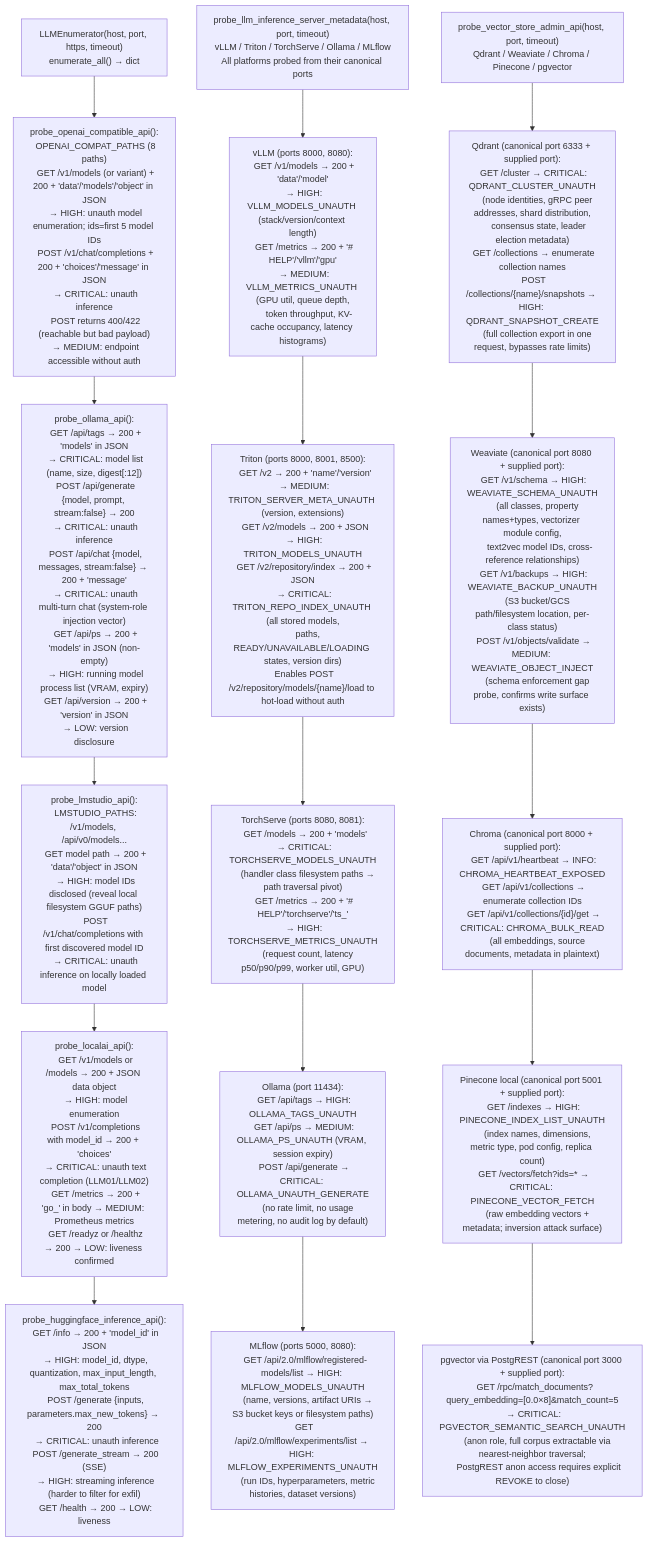
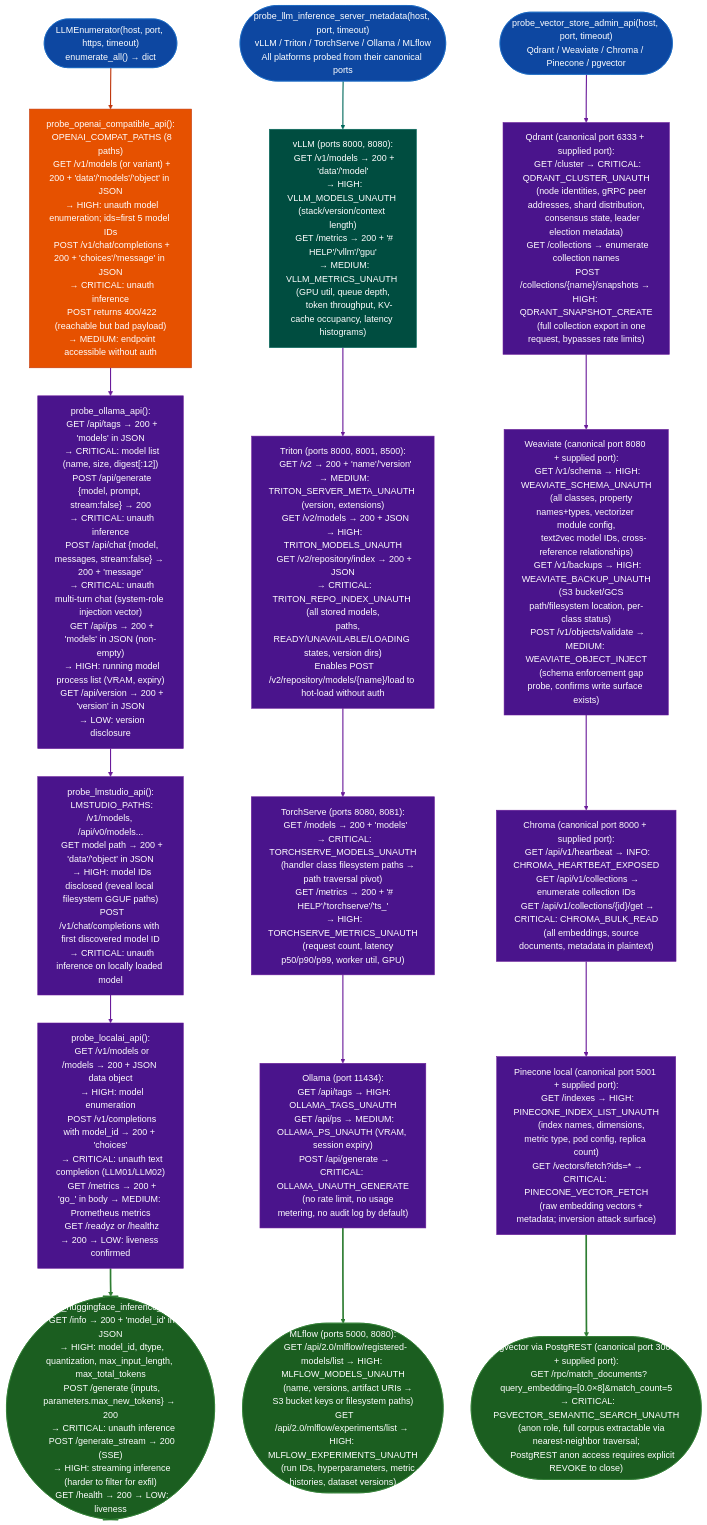
One commit to Ablation-Tool/ablation changed the diagram in docs/reference-modules/inference-endpoint-enumeration.md. Above: the diagram before and after it, drawn with Mermaid. The commit also changed 320 other files, not shown here.

First line of the commit message:
docs: apply canonical Mermaid template to all 321 diagrams

````diff
--- a/docs/reference-modules/inference-endpoint-enumeration.md
+++ b/docs/reference-modules/inference-endpoint-enumeration.md
@@ -19,18 +19,39 @@
 ```mermaid
 flowchart TD
-    A["LLMEnumerator(host, port, https, timeout)\nenumerate_all() → dict"] --> B["probe_openai_compatible_api():\n  OPENAI_COMPAT_PATHS (8 paths)\n  GET /v1/models (or variant) + 200 + 'data'/'models'/'object' in JSON\n  → HIGH: unauth model enumeration; ids=first 5 model IDs\n  POST /v1/chat/completions + 200 + 'choices'/'message' in JSON\n  → CRITICAL: unauth inference\n  POST returns 400/422 (reachable but bad payload)\n  → MEDIUM: endpoint accessible without auth"]
-    B --> C["probe_ollama_api():\n  GET /api/tags → 200 + 'models' in JSON\n  → CRITICAL: model list (name, size, digest[:12])\n  POST /api/generate {model, prompt, stream:false} → 200\n  → CRITICAL: unauth inference\n  POST /api/chat {model, messages, stream:false} → 200 + 'message'\n  → CRITICAL: unauth multi-turn chat (system-role injection vector)\n  GET /api/ps → 200 + 'models' in JSON (non-empty)\n  → HIGH: running model process list (VRAM, expiry)\n  GET /api/version → 200 + 'version' in JSON\n  → LOW: version disclosure"]
-    C --> D["probe_lmstudio_api():\n  LMSTUDIO_PATHS: /v1/models, /api/v0/models...\n  GET model path → 200 + 'data'/'object' in JSON\n  → HIGH: model IDs disclosed (reveal local filesystem GGUF paths)\n  POST /v1/chat/completions with first discovered model ID\n  → CRITICAL: unauth inference on locally loaded model"]
-    D --> E["probe_localai_api():\n  GET /v1/models or /models → 200 + JSON data object\n  → HIGH: model enumeration\n  POST /v1/completions with model_id → 200 + 'choices'\n  → CRITICAL: unauth text completion (LLM01/LLM02)\n  GET /metrics → 200 + 'go_' in body → MEDIUM: Prometheus metrics\n  GET /readyz or /healthz → 200 → LOW: liveness confirmed"]
-    E --> F["probe_huggingface_inference_api():\n  GET /info → 200 + 'model_id' in JSON\n  → HIGH: model_id, dtype, quantization, max_input_length, max_total_tokens\n  POST /generate {inputs, parameters.max_new_tokens} → 200\n  → CRITICAL: unauth inference\n  POST /generate_stream → 200 (SSE)\n  → HIGH: streaming inference (harder to filter for exfil)\n  GET /health → 200 → LOW: liveness"]
-    G["probe_llm_inference_server_metadata(host, port, timeout)\nvLLM / Triton / TorchServe / Ollama / MLflow\nAll platforms probed from their canonical ports"] --> H["vLLM (ports 8000, 8080):\n  GET /v1/models → 200 + 'data'/'model'\n  → HIGH: VLLM_MODELS_UNAUTH (stack/version/context length)\n  GET /metrics → 200 + '# HELP'/'vllm'/'gpu'\n  → MEDIUM: VLLM_METRICS_UNAUTH (GPU util, queue depth,\n     token throughput, KV-cache occupancy, latency histograms)"]
-    H --> I["Triton (ports 8000, 8001, 8500):\n  GET /v2 → 200 + 'name'/'version'\n  → MEDIUM: TRITON_SERVER_META_UNAUTH (version, extensions)\n  GET /v2/models → 200 + JSON\n  → HIGH: TRITON_MODELS_UNAUTH\n  GET /v2/repository/index → 200 + JSON\n  → CRITICAL: TRITON_REPO_INDEX_UNAUTH (all stored models,\n     paths, READY/UNAVAILABLE/LOADING states, version dirs)\n  Enables POST /v2/repository/models/{name}/load to hot-load without auth"]
-    I --> J["TorchServe (ports 8080, 8081):\n  GET /models → 200 + 'models'\n  → CRITICAL: TORCHSERVE_MODELS_UNAUTH\n     (handler class filesystem paths → path traversal pivot)\n  GET /metrics → 200 + '# HELP'/'torchserve'/'ts_'\n  → HIGH: TORCHSERVE_METRICS_UNAUTH\n     (request count, latency p50/p90/p99, worker util, GPU)"]
-    J --> K["Ollama (port 11434):\n  GET /api/tags → HIGH: OLLAMA_TAGS_UNAUTH\n  GET /api/ps → MEDIUM: OLLAMA_PS_UNAUTH (VRAM, session expiry)\n  POST /api/generate → CRITICAL: OLLAMA_UNAUTH_GENERATE\n     (no rate limit, no usage metering, no audit log by default)"]
-    K --> L["MLflow (ports 5000, 8080):\n  GET /api/2.0/mlflow/registered-models/list → HIGH: MLFLOW_MODELS_UNAUTH\n     (name, versions, artifact URIs → S3 bucket keys or filesystem paths)\n  GET /api/2.0/mlflow/experiments/list → HIGH: MLFLOW_EXPERIMENTS_UNAUTH\n     (run IDs, hyperparameters, metric histories, dataset versions)"]
-    M["probe_vector_store_admin_api(host, port, timeout)\nQdrant / Weaviate / Chroma / Pinecone / pgvector"] --> N["Qdrant (canonical port 6333 + supplied port):\n  GET /cluster → CRITICAL: QDRANT_CLUSTER_UNAUTH\n     (node identities, gRPC peer addresses, shard distribution,\n      consensus state, leader election metadata)\n  GET /collections → enumerate collection names\n  POST /collections/{name}/snapshots → HIGH: QDRANT_SNAPSHOT_CREATE\n     (full collection export in one request, bypasses rate limits)"]
-    N --> O["Weaviate (canonical port 8080 + supplied port):\n  GET /v1/schema → HIGH: WEAVIATE_SCHEMA_UNAUTH\n     (all classes, property names+types, vectorizer module config,\n      text2vec model IDs, cross-reference relationships)\n  GET /v1/backups → HIGH: WEAVIATE_BACKUP_UNAUTH\n     (S3 bucket/GCS path/filesystem location, per-class status)\n  POST /v1/objects/validate → MEDIUM: WEAVIATE_OBJECT_INJECT\n     (schema enforcement gap probe, confirms write surface exists)"]
-    O --> P["Chroma (canonical port 8000 + supplied port):\n  GET /api/v1/heartbeat → INFO: CHROMA_HEARTBEAT_EXPOSED\n  GET /api/v1/collections → enumerate collection IDs\n  GET /api/v1/collections/{id}/get → CRITICAL: CHROMA_BULK_READ\n     (all embeddings, source documents, metadata in plaintext)"]
-    P --> Q["Pinecone local (canonical port 5001 + supplied port):\n  GET /indexes → HIGH: PINECONE_INDEX_LIST_UNAUTH\n     (index names, dimensions, metric type, pod config, replica count)\n  GET /vectors/fetch?ids=* → CRITICAL: PINECONE_VECTOR_FETCH\n     (raw embedding vectors + metadata; inversion attack surface)"]
-    Q --> R["pgvector via PostgREST (canonical port 3000 + supplied port):\n  GET /rpc/match_documents?query_embedding=[0.0×8]&match_count=5\n  → CRITICAL: PGVECTOR_SEMANTIC_SEARCH_UNAUTH\n     (anon role, full corpus extractable via nearest-neighbor traversal;\n      PostgREST anon access requires explicit REVOKE to close)"]
+    A(["LLMEnumerator(host, port, https, timeout)\nenumerate_all() → dict"]):::input --> B["probe_openai_compatible_api():\n  OPENAI_COMPAT_PATHS (8 paths)\n  GET /v1/models (or variant) + 200 + 'data'/'models'/'object' in JSON\n  → HIGH: unauth model enumeration; ids=first 5 model IDs\n  POST /v1/chat/completions + 200 + 'choices'/'message' in JSON\n  → CRITICAL: unauth inference\n  POST returns 400/422 (reachable but bad payload)\n  → MEDIUM: endpoint accessible without auth"]:::primary
+    B:::primary --> C["probe_ollama_api():\n  GET /api/tags → 200 + 'models' in JSON\n  → CRITICAL: model list (name, size, digest[:12])\n  POST /api/generate {model, prompt, stream:false} → 200\n  → CRITICAL: unauth inference\n  POST /api/chat {model, messages, stream:false} → 200 + 'message'\n  → CRITICAL: unauth multi-turn chat (system-role injection vector)\n  GET /api/ps → 200 + 'models' in JSON (non-empty)\n  → HIGH: running model process list (VRAM, expiry)\n  GET /api/version → 200 + 'version' in JSON\n  → LOW: version disclosure"]:::tertiary
+    C:::tertiary --> D["probe_lmstudio_api():\n  LMSTUDIO_PATHS: /v1/models, /api/v0/models...\n  GET model path → 200 + 'data'/'object' in JSON\n  → HIGH: model IDs disclosed (reveal local filesystem GGUF paths)\n  POST /v1/chat/completions with first discovered model ID\n  → CRITICAL: unauth inference on locally loaded model"]:::tertiary
+    D:::tertiary --> E["probe_localai_api():\n  GET /v1/models or /models → 200 + JSON data object\n  → HIGH: model enumeration\n  POST /v1/completions with model_id → 200 + 'choices'\n  → CRITICAL: unauth text completion (LLM01/LLM02)\n  GET /metrics → 200 + 'go_' in body → MEDIUM: Prometheus metrics\n  GET /readyz or /healthz → 200 → LOW: liveness confirmed"]:::tertiary
+    E:::tertiary --> F(["probe_huggingface_inference_api():\n  GET /info → 200 + 'model_id' in JSON\n  → HIGH: model_id, dtype, quantization, max_input_length, max_total_tokens\n  POST /generate {inputs, parameters.max_new_tokens} → 200\n  → CRITICAL: unauth inference\n  POST /generate_stream → 200 (SSE)\n  → HIGH: streaming inference (harder to filter for exfil)\n  GET /health → 200 → LOW: liveness"]):::output
+    G(["probe_llm_inference_server_metadata(host, port, timeout)\nvLLM / Triton / TorchServe / Ollama / MLflow\nAll platforms probed from their canonical ports"]):::input --> H["vLLM (ports 8000, 8080):\n  GET /v1/models → 200 + 'data'/'model'\n  → HIGH: VLLM_MODELS_UNAUTH (stack/version/context length)\n  GET /metrics → 200 + '# HELP'/'vllm'/'gpu'\n  → MEDIUM: VLLM_METRICS_UNAUTH (GPU util, queue depth,\n     token throughput, KV-cache occupancy, latency histograms)"]:::secondary
+    H:::secondary --> I["Triton (ports 8000, 8001, 8500):\n  GET /v2 → 200 + 'name'/'version'\n  → MEDIUM: TRITON_SERVER_META_UNAUTH (version, extensions)\n  GET /v2/models → 200 + JSON\n  → HIGH: TRITON_MODELS_UNAUTH\n  GET /v2/repository/index → 200 + JSON\n  → CRITICAL: TRITON_REPO_INDEX_UNAUTH (all stored models,\n     paths, READY/UNAVAILABLE/LOADING states, version dirs)\n  Enables POST /v2/repository/models/{name}/load to hot-load without auth"]:::tertiary
+    I:::tertiary --> J["TorchServe (ports 8080, 8081):\n  GET /models → 200 + 'models'\n  → CRITICAL: TORCHSERVE_MODELS_UNAUTH\n     (handler class filesystem paths → path traversal pivot)\n  GET /metrics → 200 + '# HELP'/'torchserve'/'ts_'\n  → HIGH: TORCHSERVE_METRICS_UNAUTH\n     (request count, latency p50/p90/p99, worker util, GPU)"]:::tertiary
+    J:::tertiary --> K["Ollama (port 11434):\n  GET /api/tags → HIGH: OLLAMA_TAGS_UNAUTH\n  GET /api/ps → MEDIUM: OLLAMA_PS_UNAUTH (VRAM, session expiry)\n  POST /api/generate → CRITICAL: OLLAMA_UNAUTH_GENERATE\n     (no rate limit, no usage metering, no audit log by default)"]:::tertiary
+    K:::tertiary --> L(["MLflow (ports 5000, 8080):\n  GET /api/2.0/mlflow/registered-models/list → HIGH: MLFLOW_MODELS_UNAUTH\n     (name, versions, artifact URIs → S3 bucket keys or filesystem paths)\n  GET /api/2.0/mlflow/experiments/list → HIGH: MLFLOW_EXPERIMENTS_UNAUTH\n     (run IDs, hyperparameters, metric histories, dataset versions)"]):::output
+    M(["probe_vector_store_admin_api(host, port, timeout)\nQdrant / Weaviate / Chroma / Pinecone / pgvector"]):::input --> N["Qdrant (canonical port 6333 + supplied port):\n  GET /cluster → CRITICAL: QDRANT_CLUSTER_UNAUTH\n     (node identities, gRPC peer addresses, shard distribution,\n      consensus state, leader election metadata)\n  GET /collections → enumerate collection names\n  POST /collections/{name}/snapshots → HIGH: QDRANT_SNAPSHOT_CREATE\n     (full collection export in one request, bypasses rate limits)"]:::tertiary
+    N:::tertiary --> O["Weaviate (canonical port 8080 + supplied port):\n  GET /v1/schema → HIGH: WEAVIATE_SCHEMA_UNAUTH\n     (all classes, property names+types, vectorizer module config,\n      text2vec model IDs, cross-reference relationships)\n  GET /v1/backups → HIGH: WEAVIATE_BACKUP_UNAUTH\n     (S3 bucket/GCS path/filesystem location, per-class status)\n  POST /v1/objects/validate → MEDIUM: WEAVIATE_OBJECT_INJECT\n     (schema enforcement gap probe, confirms write surface exists)"]:::tertiary
+    O:::tertiary --> P["Chroma (canonical port 8000 + supplied port):\n  GET /api/v1/heartbeat → INFO: CHROMA_HEARTBEAT_EXPOSED\n  GET /api/v1/collections → enumerate collection IDs\n  GET /api/v1/collections/{id}/get → CRITICAL: CHROMA_BULK_READ\n     (all embeddings, source documents, metadata in plaintext)"]:::tertiary
+    P:::tertiary --> Q["Pinecone local (canonical port 5001 + supplied port):\n  GET /indexes → HIGH: PINECONE_INDEX_LIST_UNAUTH\n     (index names, dimensions, metric type, pod config, replica count)\n  GET /vectors/fetch?ids=* → CRITICAL: PINECONE_VECTOR_FETCH\n     (raw embedding vectors + metadata; inversion attack surface)"]:::tertiary
+    Q:::tertiary --> R(["pgvector via PostgREST (canonical port 3000 + supplied port):\n  GET /rpc/match_documents?query_embedding=[0.0×8]&match_count=5\n  → CRITICAL: PGVECTOR_SEMANTIC_SEARCH_UNAUTH\n     (anon role, full corpus extractable via nearest-neighbor traversal;\n      PostgREST anon access requires explicit REVOKE to close)"]):::output
+    classDef input     fill:#0d47a1,stroke:#1565c0,color:#fff
+    classDef primary   fill:#e65100,stroke:#bf360c,color:#fff
+    classDef secondary fill:#004d40,stroke:#00695c,color:#fff
+    classDef tertiary  fill:#4a148c,stroke:#6a1b9a,color:#fff
+    classDef neutral   fill:#37474f,stroke:#546e7a,color:#fff
+    classDef output    fill:#1b5e20,stroke:#2e7d32,color:#fff
+    linkStyle 0 stroke:#bf360c,stroke-width:2px
+    linkStyle 1 stroke:#6a1b9a,stroke-width:2px
+    linkStyle 2 stroke:#6a1b9a,stroke-width:2px
+    linkStyle 3 stroke:#6a1b9a,stroke-width:2px
+    linkStyle 4 stroke:#2e7d32,stroke-width:3px
+    linkStyle 5 stroke:#00695c,stroke-width:2px
+    linkStyle 6 stroke:#6a1b9a,stroke-width:2px
+    linkStyle 7 stroke:#6a1b9a,stroke-width:2px
+    linkStyle 8 stroke:#6a1b9a,stroke-width:2px
+    linkStyle 9 stroke:#2e7d32,stroke-width:3px
+    linkStyle 10 stroke:#6a1b9a,stroke-width:2px
+    linkStyle 11 stroke:#6a1b9a,stroke-width:2px
+    linkStyle 12 stroke:#6a1b9a,stroke-width:2px
+    linkStyle 13 stroke:#6a1b9a,stroke-width:2px
+    linkStyle 14 stroke:#2e7d32,stroke-width:3px
 ```
````
